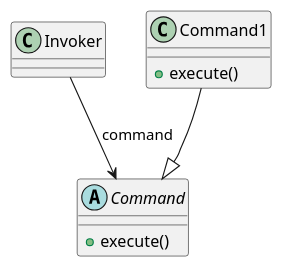
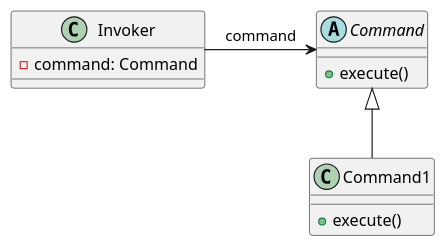
One commit to 2DGD-F0TH/2DGD_F0TH changed the diagram in raw_resources/images/design_patterns/class_command.puml. Above: the diagram before and after it, drawn with PlantUML. The commit also changed 23 other files, not shown here.

Commit message:
Updated design patterns UML diagrams

```diff
--- a/raw_resources/images/design_patterns/class_command.puml
+++ b/raw_resources/images/design_patterns/class_command.puml
@@ -1,17 +1,19 @@
 @startuml
 
-class Invoker
+class Invoker{
+    - command: Command
+}
 
 abstract class Command{
     + execute()
 }
 
 class Command1{
     + execute()
 }
 
-Invoker --> Command: command
+Invoker -right-> Command: command
 
-Command1 --|> Command
+Command1 -up-|> Command
 
 @enduml
```
